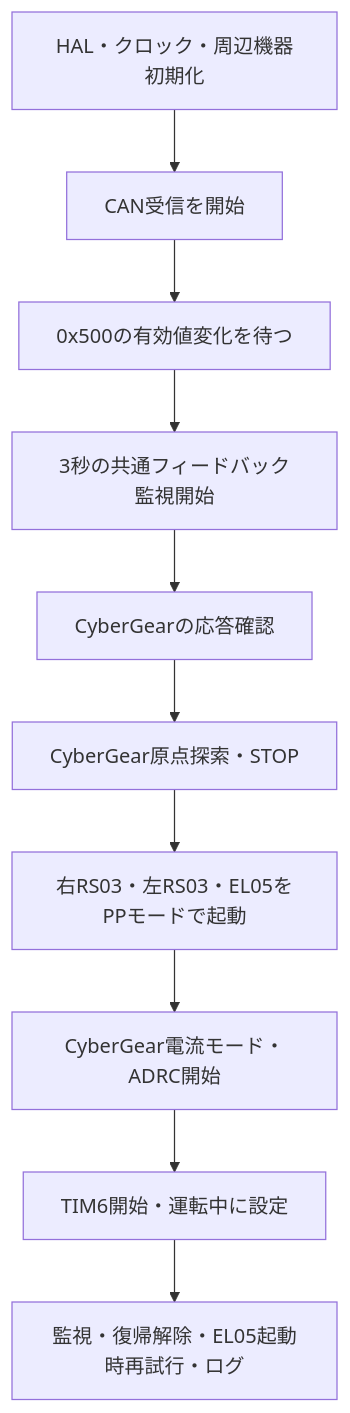
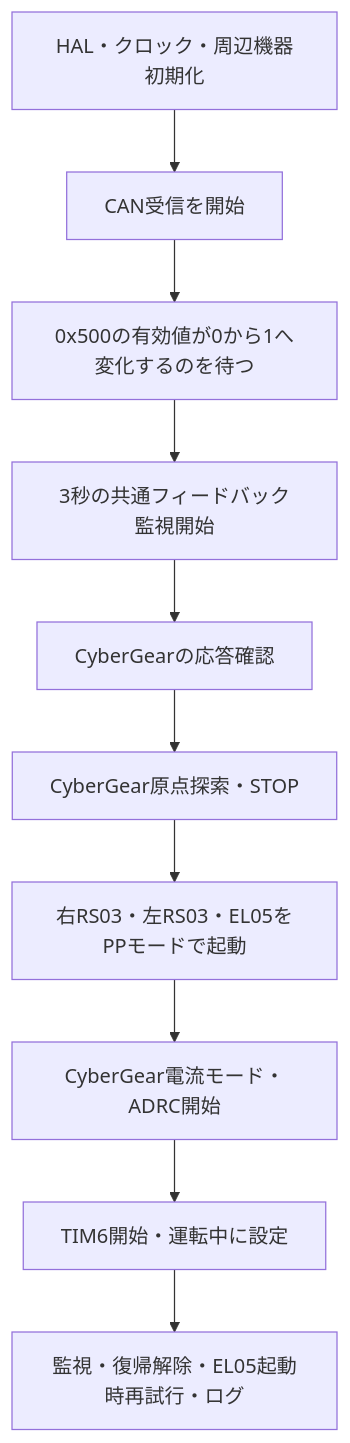
The diagram in docs/firmware-spec.md (T-semi-Tohoku-Uni/catch2026_robstride), drawn with Mermaid before and after one commit. The commit also changed other lines of this file and 4 other files, not shown here.

````diff
--- a/docs/firmware-spec.md
+++ b/docs/firmware-spec.md
@@ -140,12 +143,12 @@
 ```mermaid
 flowchart TD
     A[HAL・クロック・周辺機器初期化] --> B[CAN受信を開始]
-    B --> C[0x500の有効値変化を待つ]
+    B --> C[0x500の有効値が0から1へ変化するのを待つ]
     C --> D[3秒の共通フィードバック監視開始]
     D --> E[CyberGearの応答確認]
     E --> F[CyberGear原点探索・STOP]
     F --> G[右RS03・左RS03・EL05をPPモードで起動]
     G --> H[CyberGear電流モード・ADRC開始]
     H --> I[TIM6開始・運転中に設定]
     I --> J[監視・復帰解除・EL05起動時再試行・ログ]
 ```
````
